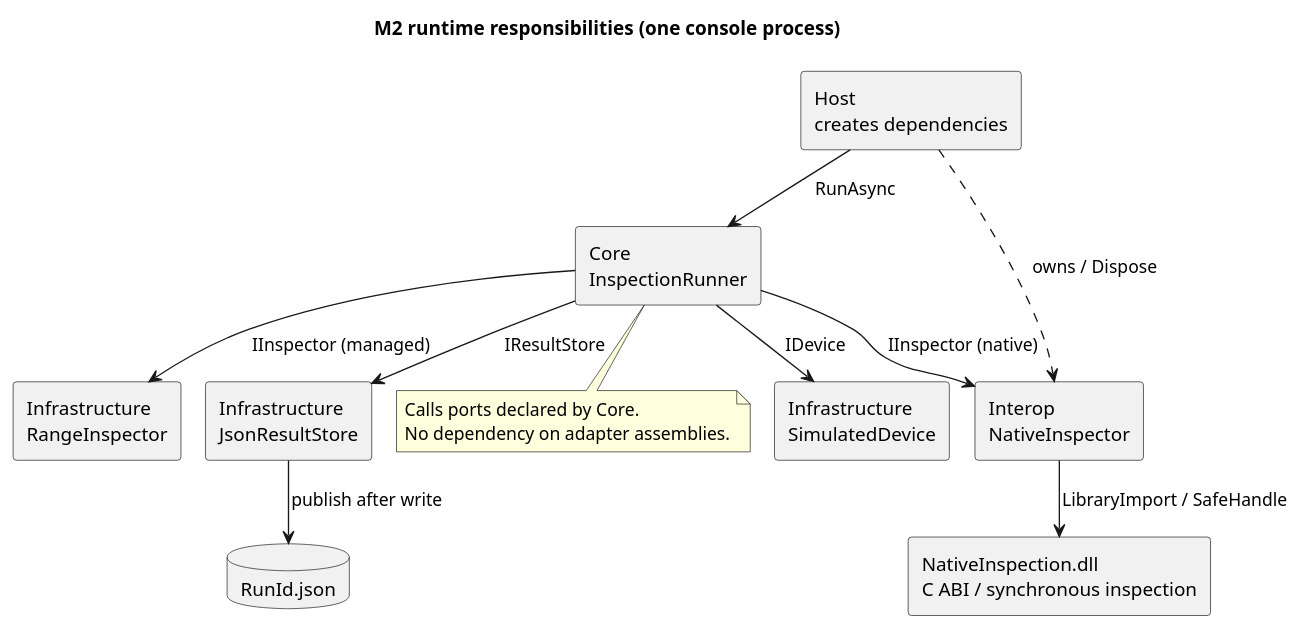
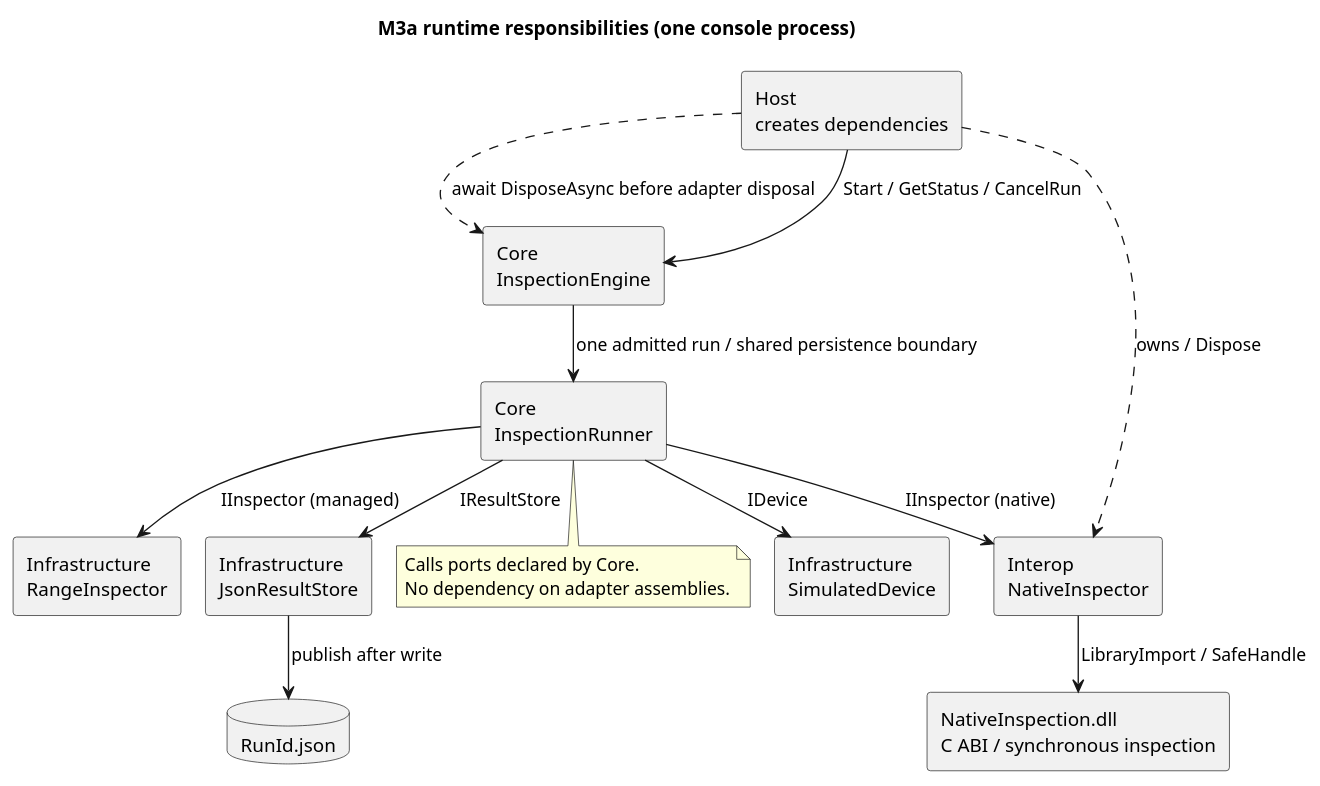
The diagram in docs/diagrams/architecture.puml (Myoungmin/CSharp-InspectionCore-Lab), drawn with PlantUML before and after one commit. The commit also changed 34 other files, not shown here.

Commit message:
feat: add single-run engine with cancellation and timeouts

```diff
--- a/docs/diagrams/architecture.puml
+++ b/docs/diagrams/architecture.puml
@@ -1,25 +1,28 @@
 @startuml architecture
 !pragma layout smetana
-title M2 runtime responsibilities (one console process)
+title M3a runtime responsibilities (one console process)
 skinparam componentStyle rectangle
 component "Host\ncreates dependencies" as Host
+component "Core\nInspectionEngine" as Engine
 component "Core\nInspectionRunner" as Core
 component "Infrastructure\nSimulatedDevice" as Device
 component "Infrastructure\nRangeInspector" as Inspector
 component "Interop\nNativeInspector" as Native
 component "NativeInspection.dll\nC ABI / synchronous inspection" as DLL
 component "Infrastructure\nJsonResultStore" as Store
 database "RunId.json" as Result
-Host --> Core : RunAsync
+Host --> Engine : Start / GetStatus / CancelRun
+Engine --> Core : one admitted run / shared persistence boundary
+Host ..> Engine : await DisposeAsync before adapter disposal
 Core --> Device : IDevice
 Core --> Inspector : IInspector (managed)
 Core --> Native : IInspector (native)
 Native --> DLL : LibraryImport / SafeHandle
 Host ..> Native : owns / Dispose
 Core --> Store : IResultStore
 Store --> Result : publish after write
 note bottom of Core
 Calls ports declared by Core.
 No dependency on adapter assemblies.
 end note
 @enduml
```
